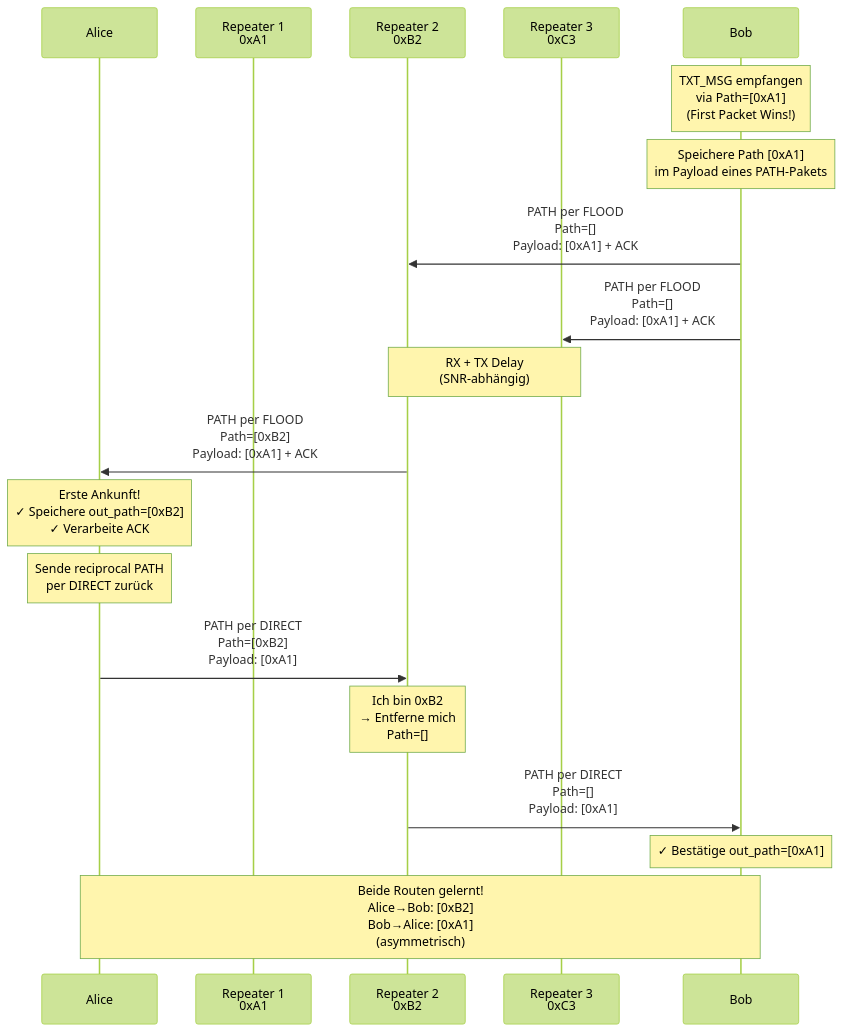
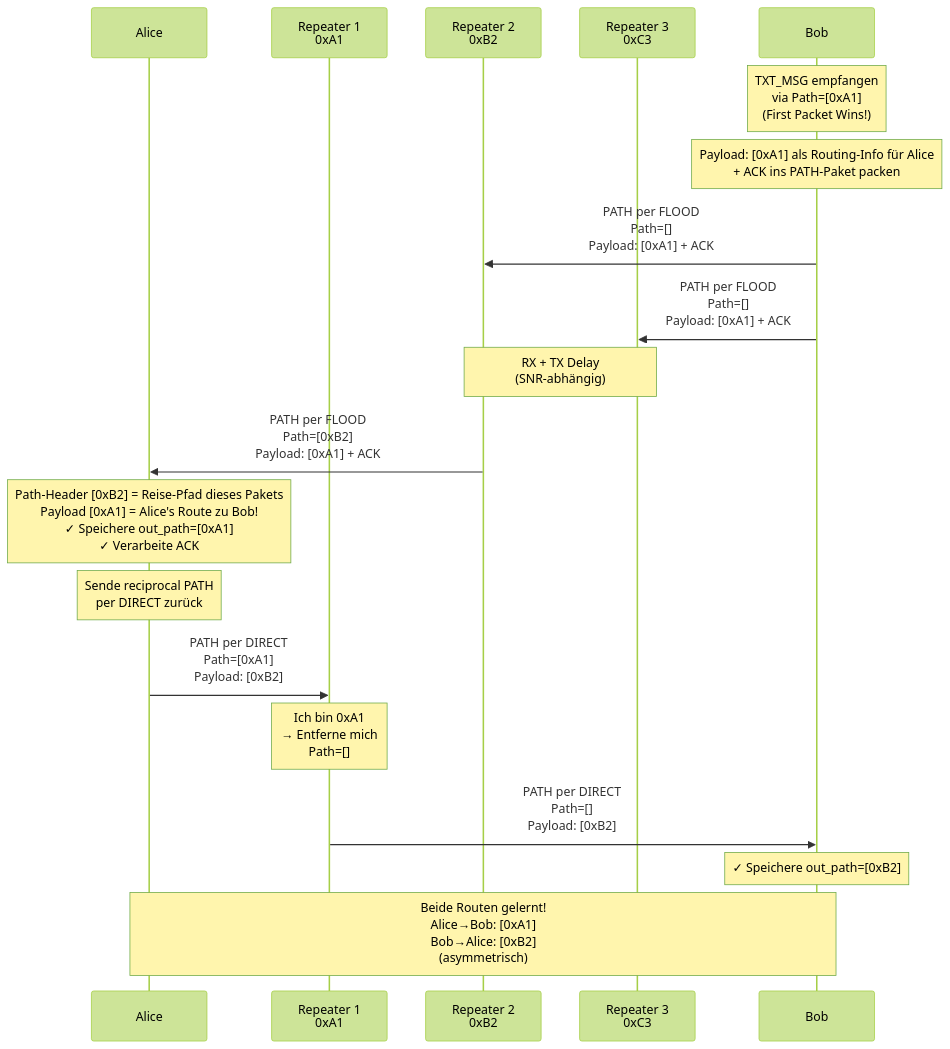
The sixth of 11 diagrams in docs/meshcore/routing.md (meshrheinland/website), drawn with Mermaid (forest theme) before and after one commit. The commit also changed other lines of this file, not shown here.

Commit message:
Improve Meshore routing

````diff
--- a/docs/meshcore/routing.md
+++ b/docs/meshcore/routing.md
@@ -157,33 +177,33 @@
 ```mermaid
 sequenceDiagram
     participant A as Alice
     participant R1 as Repeater 1<br/>0xA1
     participant R2 as Repeater 2<br/>0xB2
     participant R3 as Repeater 3<br/>0xC3
     participant B as Bob
 
     Note over B: TXT_MSG empfangen<br/>via Path=[0xA1]<br/>(First Packet Wins!)
 
-    Note over B: Speichere Path [0xA1]<br/>im Payload eines PATH-Pakets
+    Note over B: Payload: [0xA1] als Routing-Info für Alice<br/>+ ACK ins PATH-Paket packen
 
     B->>R2: PATH per FLOOD<br/>Path=[]<br/>Payload: [0xA1] + ACK
     B->>R3: PATH per FLOOD<br/>Path=[]<br/>Payload: [0xA1] + ACK
 
     Note over R2,R3: RX + TX Delay<br/>(SNR-abhängig)
 
     R2->>A: PATH per FLOOD<br/>Path=[0xB2]<br/>Payload: [0xA1] + ACK
 
-    Note over A: Erste Ankunft!<br/>✓ Speichere out_path=[0xB2]<br/>✓ Verarbeite ACK
+    Note over A: Path-Header [0xB2] = Reise-Pfad dieses Pakets<br/>Payload [0xA1] = Alice's Route zu Bob!<br/>✓ Speichere out_path=[0xA1]<br/>✓ Verarbeite ACK
 
     Note over A: Sende reciprocal PATH<br/>per DIRECT zurück
 
-    A->>R2: PATH per DIRECT<br/>Path=[0xB2]<br/>Payload: [0xA1]
+    A->>R1: PATH per DIRECT<br/>Path=[0xA1]<br/>Payload: [0xB2]
 
-    Note over R2: Ich bin 0xB2<br/>→ Entferne mich<br/>Path=[]
+    Note over R1: Ich bin 0xA1<br/>→ Entferne mich<br/>Path=[]
 
-    R2->>B: PATH per DIRECT<br/>Path=[]<br/>Payload: [0xA1]
+    R1->>B: PATH per DIRECT<br/>Path=[]<br/>Payload: [0xB2]
 
-    Note over B: ✓ Bestätige out_path=[0xA1]
+    Note over B: ✓ Speichere out_path=[0xB2]
 
-    Note over A,B: Beide Routen gelernt!<br/>Alice→Bob: [0xB2]<br/>Bob→Alice: [0xA1]<br/>(asymmetrisch)
+    Note over A,B: Beide Routen gelernt!<br/>Alice→Bob: [0xA1]<br/>Bob→Alice: [0xB2]<br/>(asymmetrisch)
 ```
````
